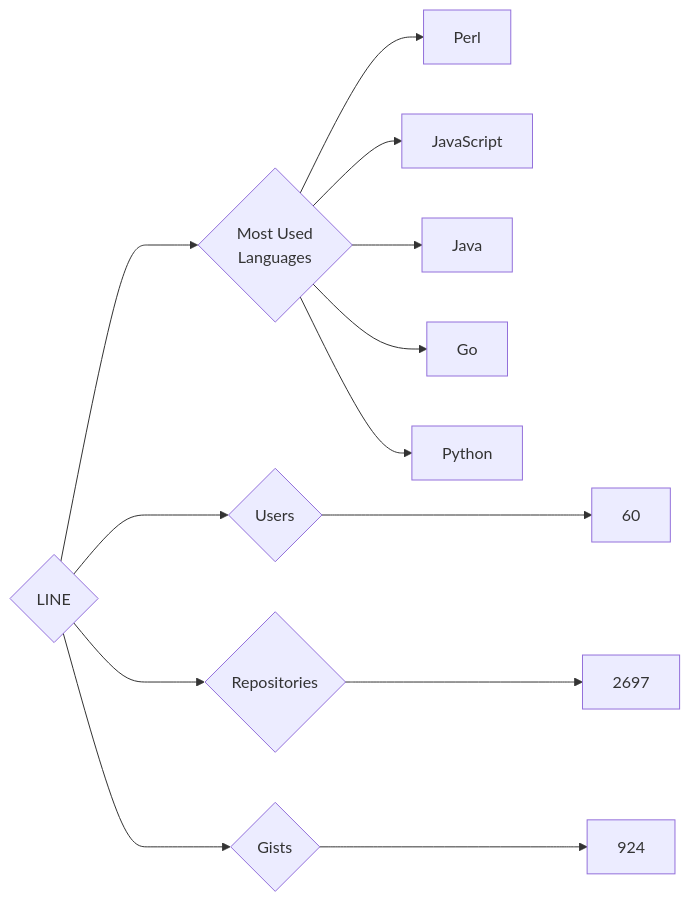
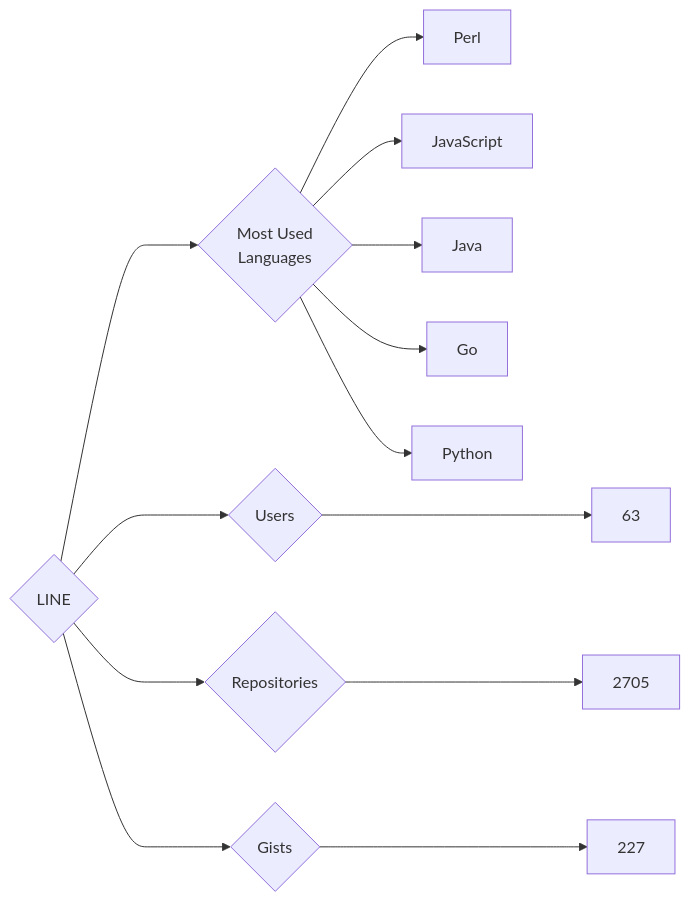
The diagram in targets/LINE/README.md (trickest/insiders), drawn with Mermaid before and after one commit. The commit also changed 748 other files, not shown here.

````diff
--- a/targets/LINE/README.md
+++ b/targets/LINE/README.md
@@ -3,13 +3,13 @@
 ```mermaid
 graph LR
 COMPANY_NAME{LINE}
-COMPANY_NAME ---> U{Users} ---> UN[60]
-COMPANY_NAME ---> R{Repositories} ---> RN[2697]
-COMPANY_NAME ---> G{Gists} ---> GN[924]
+COMPANY_NAME ---> U{Users} ---> UN[63]
+COMPANY_NAME ---> R{Repositories} ---> RN[2705]
+COMPANY_NAME ---> G{Gists} ---> GN[227]
 COMPANY_NAME ---> ML{Most Used<br>Languages}
 ML --> Perl[Perl]
 ML --> JavaScript[JavaScript]
 ML --> Java[Java]
 ML --> Go[Go]
 ML --> Python[Python]
 ```
````
